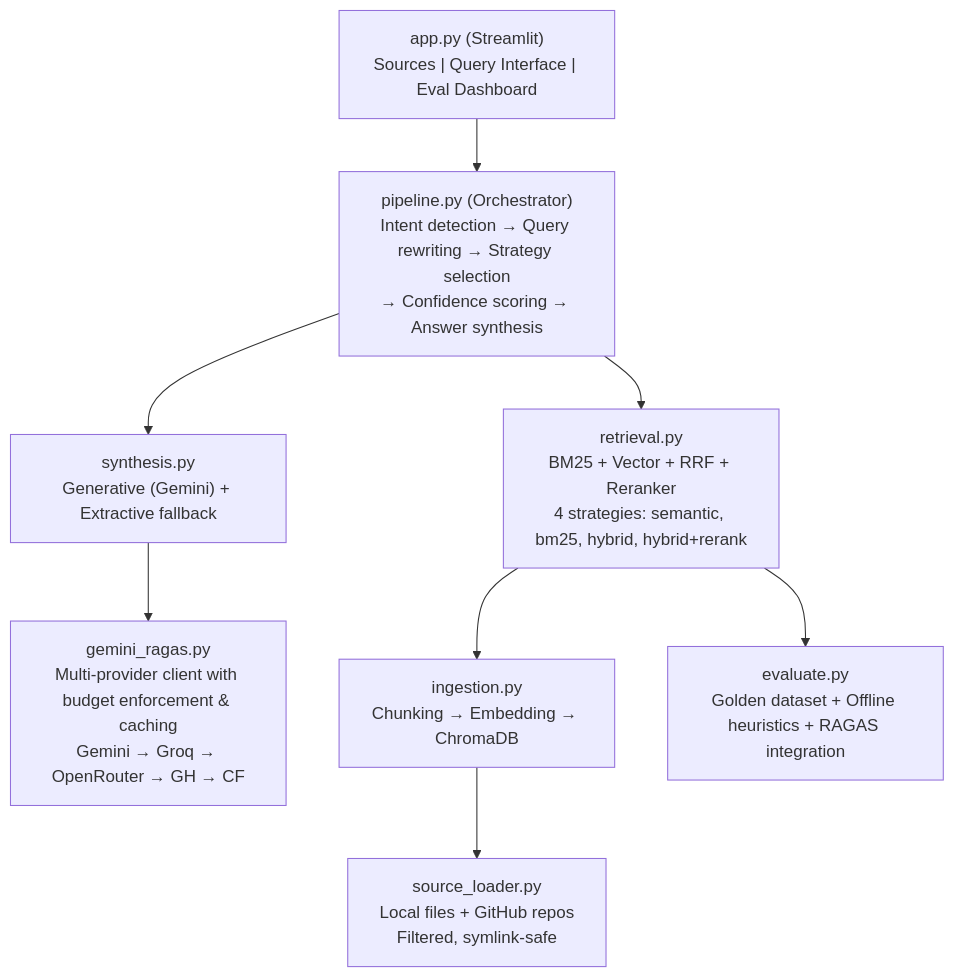
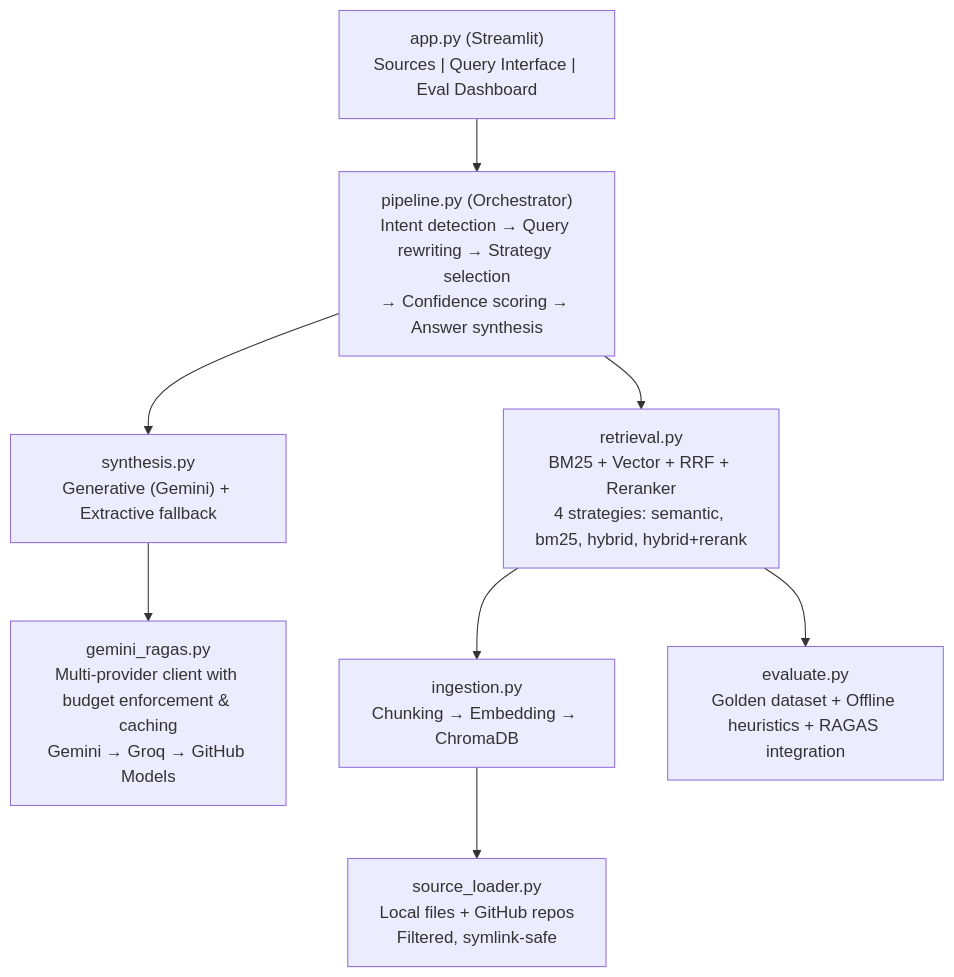
One commit to Shizu0n/Advanced-RAG changed the first of 2 diagrams in README.md. Above: the diagram before and after it, drawn with Mermaid. The commit also changed other lines of this file and 9 other files, not shown here.

````diff
--- a/README.md
+++ b/README.md
@@ -16,19 +16,19 @@
 ```mermaid
 flowchart TD
     APP["app.py (Streamlit)<br/>Sources | Query Interface | Eval Dashboard"]
     PIPE["pipeline.py (Orchestrator)<br/>Intent detection → Query rewriting → Strategy selection<br/>→ Confidence scoring → Answer synthesis"]
     RET["retrieval.py<br/>BM25 + Vector + RRF + Reranker<br/>4 strategies: semantic, bm25, hybrid, hybrid+rerank"]
     SYN["synthesis.py<br/>Generative (Gemini) + Extractive fallback"]
-    GEM["gemini_ragas.py<br/>Multi-provider client with budget enforcement & caching<br/>Gemini → Groq → OpenRouter → GH → CF"]
+    GEM["gemini_ragas.py<br/>Multi-provider client with budget enforcement & caching<br/>Gemini → Groq → GitHub Models"]
     ING["ingestion.py<br/>Chunking → Embedding → ChromaDB"]
     SRC["source_loader.py<br/>Local files + GitHub repos<br/>Filtered, symlink-safe"]
     EVA["evaluate.py<br/>Golden dataset + Offline heuristics + RAGAS integration"]
 
     APP --> PIPE
     PIPE --> RET
     PIPE --> SYN
     SYN --> GEM
     RET --> ING
     ING --> SRC
     RET --> EVA
 ```
````
